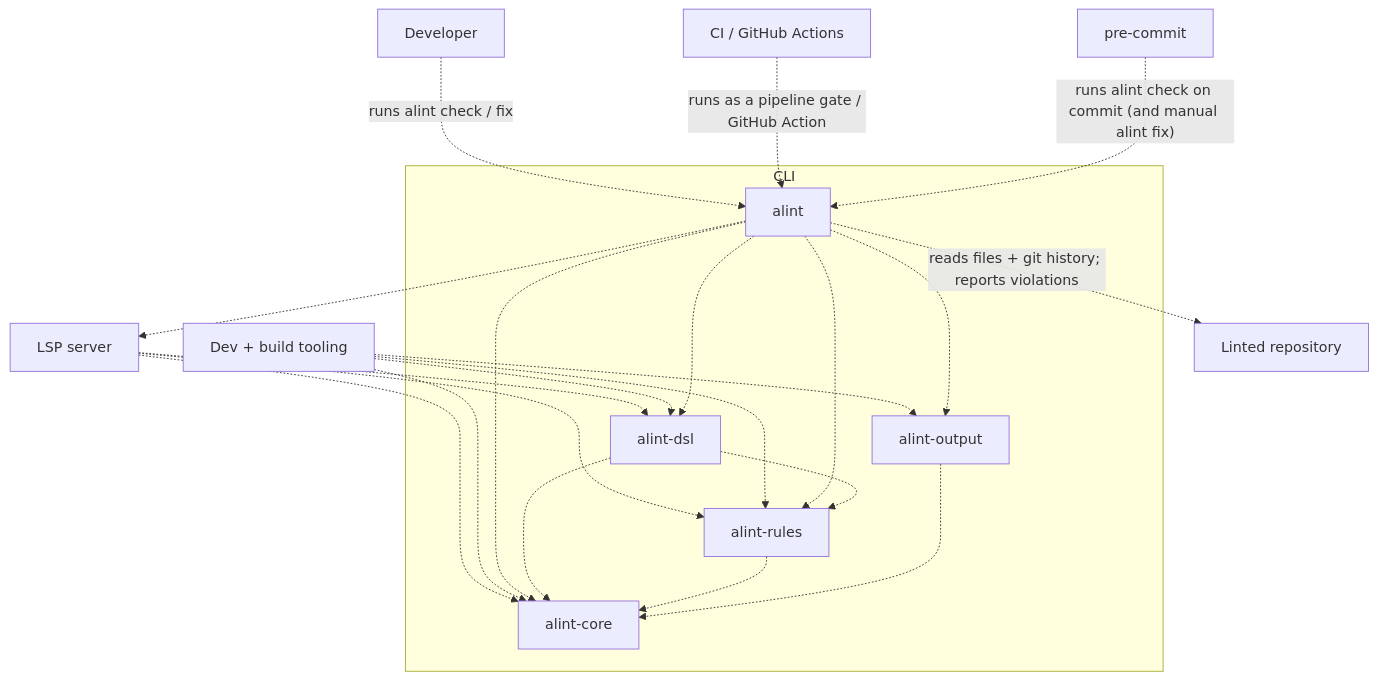
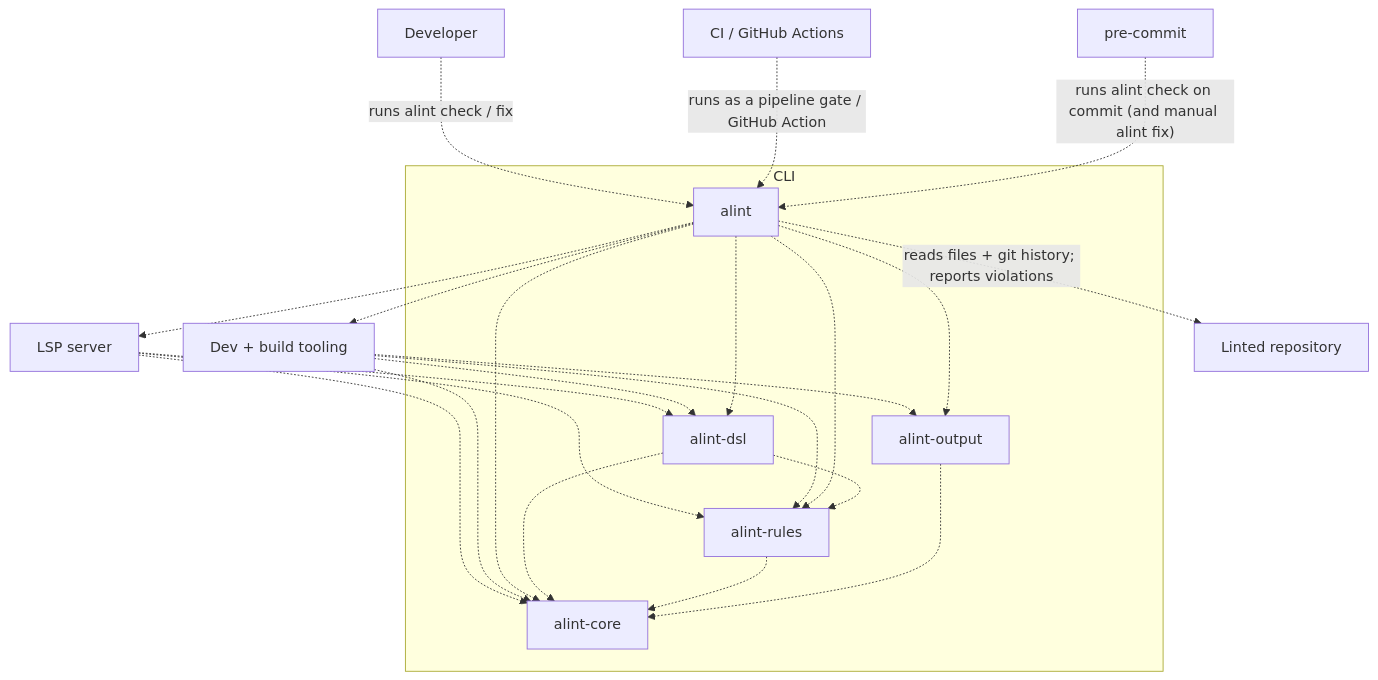
One commit to actions-marketplace-validations/asamarts_alint changed the third of 27 diagrams in docs/design/architecture/DIAGRAMS.md. Above: the diagram before and after it, drawn with Mermaid. The commit also changed other lines of this file and 32 other files, not shown here.

````diff
--- a/docs/design/architecture/DIAGRAMS.md
+++ b/docs/design/architecture/DIAGRAMS.md
@@ -65,36 +66,37 @@
 ```mermaid
 graph TB
   Dev["Developer"]
   Ci["CI / GitHub Actions"]
   PreCommit["pre-commit"]
   AlintLspServer["LSP server"]
   AlintTooling["Dev + build tooling"]
   subgraph AlintCli["`CLI`"]
     AlintCli.AlintBin["alint"]
     AlintCli.Dsl["alint-dsl"]
     AlintCli.Output["alint-output"]
     AlintCli.Rules["alint-rules"]
     AlintCli.Core["alint-core"]
   end
   Repo["Linted repository"]
   Dev -. "`runs alint check / fix`" .-> AlintCli.AlintBin
   Ci -. "`runs as a pipeline gate / GitHub Action`" .-> AlintCli.AlintBin
   PreCommit -. "`runs alint check on commit (and manual alint fix)`" .-> AlintCli.AlintBin
   AlintLspServer -.-> AlintCli.Core
   AlintLspServer -.-> AlintCli.Dsl
   AlintLspServer -.-> AlintCli.Rules
   AlintTooling -.-> AlintCli.Core
   AlintTooling -.-> AlintCli.Dsl
   AlintTooling -.-> AlintCli.Rules
   AlintTooling -.-> AlintCli.Output
   AlintCli.AlintBin -.-> AlintCli.Core
   AlintCli.AlintBin -.-> AlintCli.Dsl
   AlintCli.AlintBin -.-> AlintCli.Rules
   AlintCli.AlintBin -.-> AlintCli.Output
   AlintCli.Dsl -.-> AlintCli.Core
   AlintCli.Rules -.-> AlintCli.Core
   AlintCli.Output -.-> AlintCli.Core
   AlintCli.Dsl -.-> AlintCli.Rules
   AlintCli.AlintBin -. "`reads files + git history; reports violations`" .-> Repo
   AlintCli.AlintBin -.-> AlintLspServer
+  AlintCli.AlintBin -.-> AlintTooling
 ```
````
